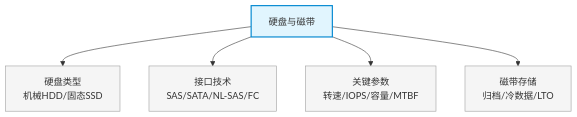
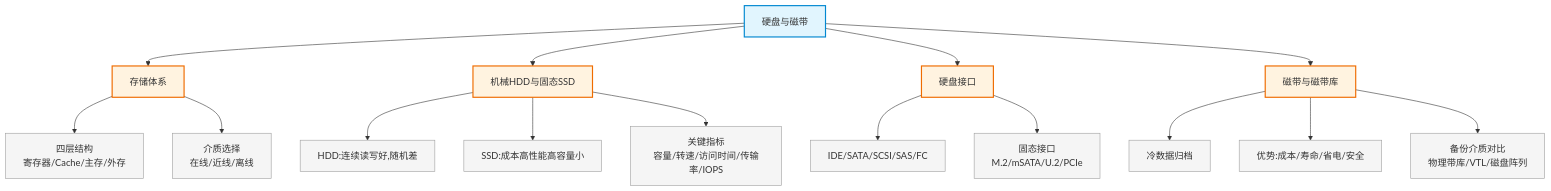
The diagram in cloud-datacenter/11_disks_and_tapes.md (silverbulle/Network_Planning_and_Design), drawn with Mermaid before and after one commit. The commit also changed other lines of this file and 2 other files, not shown here.

````diff
--- a/cloud-datacenter/11_disks_and_tapes.md
+++ b/cloud-datacenter/11_disks_and_tapes.md
@@ -9,12 +8,37 @@
 ```mermaid
 flowchart TD
-    A["硬盘与磁带"] --> B["硬盘类型<br>机械HDD/固态SSD"]
-    A --> C["接口技术<br>SAS/SATA/NL-SAS/FC"]
-    A --> D["关键参数<br>转速/IOPS/容量/MTBF"]
-    A --> E["磁带存储<br>归档/冷数据/LTO"]
+    A["硬盘与磁带"] --> B["存储体系"]
+    A --> C["机械HDD与固态SSD"]
+    A --> D["硬盘接口"]
+    A --> E["磁带与磁带库"]
+
+    B --> B1["四层结构<br>寄存器/Cache/主存/外存"]
+    B --> B2["介质选择<br>在线/近线/离线"]
+
+    C --> C1["HDD:连续读写好,随机差"]
+    C --> C2["SSD:成本高性能高容量小"]
+    C --> C3["关键指标<br>容量/转速/访问时间/传输率/IOPS"]
+
+    D --> D1["IDE/SATA/SCSI/SAS/FC"]
+    D --> D2["固态接口<br>M.2/mSATA/U.2/PCIe"]
+
+    E --> E1["冷数据归档"]
+    E --> E2["优势:成本/寿命/省电/安全"]
+    E --> E3["备份介质对比<br>物理带库/VTL/磁盘阵列"]
+
     style A fill:#e1f5fe,stroke:#0288d1,stroke-width:2px
-    style B fill:#f5f5f5,stroke:#9e9e9e
-    style C fill:#f5f5f5,stroke:#9e9e9e
-    style D fill:#f5f5f5,stroke:#9e9e9e
-    style E fill:#f5f5f5,stroke:#9e9e9e
+    style B fill:#fff3e0,stroke:#ef6c00,stroke-width:2px
+    style C fill:#fff3e0,stroke:#ef6c00,stroke-width:2px
+    style D fill:#fff3e0,stroke:#ef6c00,stroke-width:2px
+    style E fill:#fff3e0,stroke:#ef6c00,stroke-width:2px
+    style B1 fill:#f5f5f5,stroke:#9e9e9e
+    style B2 fill:#f5f5f5,stroke:#9e9e9e
+    style C1 fill:#f5f5f5,stroke:#9e9e9e
+    style C2 fill:#f5f5f5,stroke:#9e9e9e
+    style C3 fill:#f5f5f5,stroke:#9e9e9e
+    style D1 fill:#f5f5f5,stroke:#9e9e9e
+    style D2 fill:#f5f5f5,stroke:#9e9e9e
+    style E1 fill:#f5f5f5,stroke:#9e9e9e
+    style E2 fill:#f5f5f5,stroke:#9e9e9e
+    style E3 fill:#f5f5f5,stroke:#9e9e9e
 ```
````
